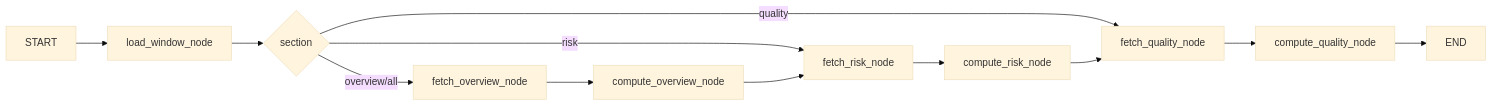
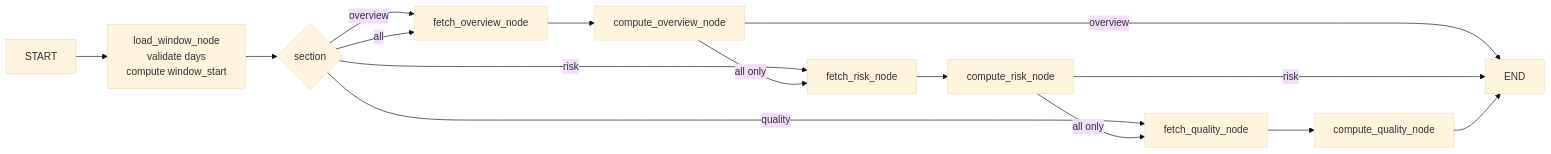
Before and after one commit to SKNETWORKS-FAMILY-AICAMP/SKN25-FINAL-6Team: the second of 4 diagrams in docs/dashboard/architecture.md, drawn with Mermaid (base theme). The commit also changed other lines of this file and 7 other files, not shown here.

````diff
--- a/docs/dashboard/architecture.md
+++ b/docs/dashboard/architecture.md
@@ -29,25 +80,28 @@
 ```mermaid
 flowchart LR
     START["START"]
-    LOAD["load_window_node"]
+    LOAD["load_window_node<br/>validate days<br/>compute window_start"]
     ROUTE{"section"}
-    FOV["fetch_overview_node"]
-    COV["compute_overview_node"]
+    FO["fetch_overview_node"]
+    CO["compute_overview_node"]
     FR["fetch_risk_node"]
     CR["compute_risk_node"]
     FQ["fetch_quality_node"]
     CQ["compute_quality_node"]
     END["END"]
 
     START --> LOAD
     LOAD --> ROUTE
-    ROUTE -->|"overview/all"| FOV
+    ROUTE -->|"overview"| FO
     ROUTE -->|"risk"| FR
     ROUTE -->|"quality"| FQ
-    FOV --> COV
-    COV --> FR
+    ROUTE -->|"all"| FO
+    FO --> CO
+    CO -->|"all only"| FR
+    CO -->|"overview"| END
     FR --> CR
-    CR --> FQ
+    CR -->|"all only"| FQ
+    CR -->|"risk"| END
     FQ --> CQ
     CQ --> END
 ```
````
